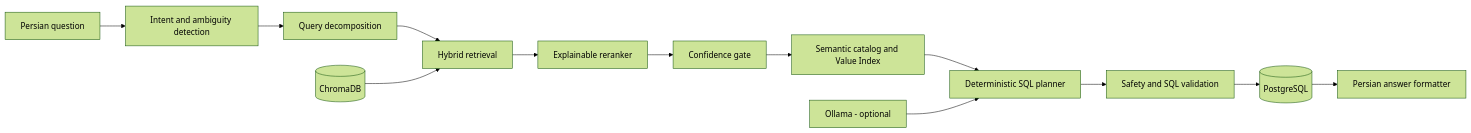
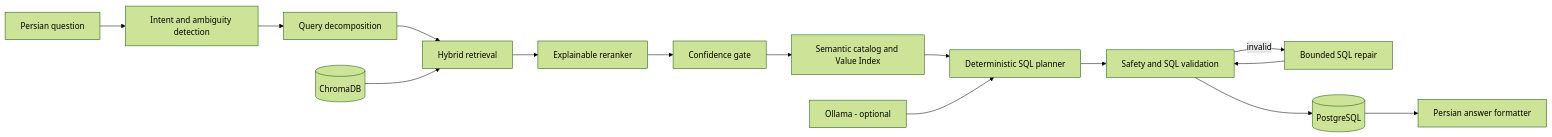
The diagram in README.md (amirrhh123/persian-ai-data-analyst), drawn with Mermaid (forest theme) before and after one commit. The commit also changed other lines of this file and 6 other files, not shown here.

Commit message:
Add bounded SQL repair loop

````diff
--- a/README.md
+++ b/README.md
@@ -37,15 +38,17 @@
 ```mermaid
 flowchart LR
     U["Persian question"] --> I["Intent and ambiguity detection"]
     I --> QD["Query decomposition"]
     QD --> R["Hybrid retrieval"]
     R --> RR["Explainable reranker"]
     RR --> G["Confidence gate"]
     G --> S["Semantic catalog and Value Index"]
     S --> P["Deterministic SQL planner"]
     P --> V["Safety and SQL validation"]
+    V -->|"invalid"| SR["Bounded SQL repair"]
+    SR --> V
     V --> DB[(PostgreSQL)]
     DB --> A["Persian answer formatter"]
     C[(ChromaDB)] --> R
     O["Ollama - optional"] --> P
 ```
````
